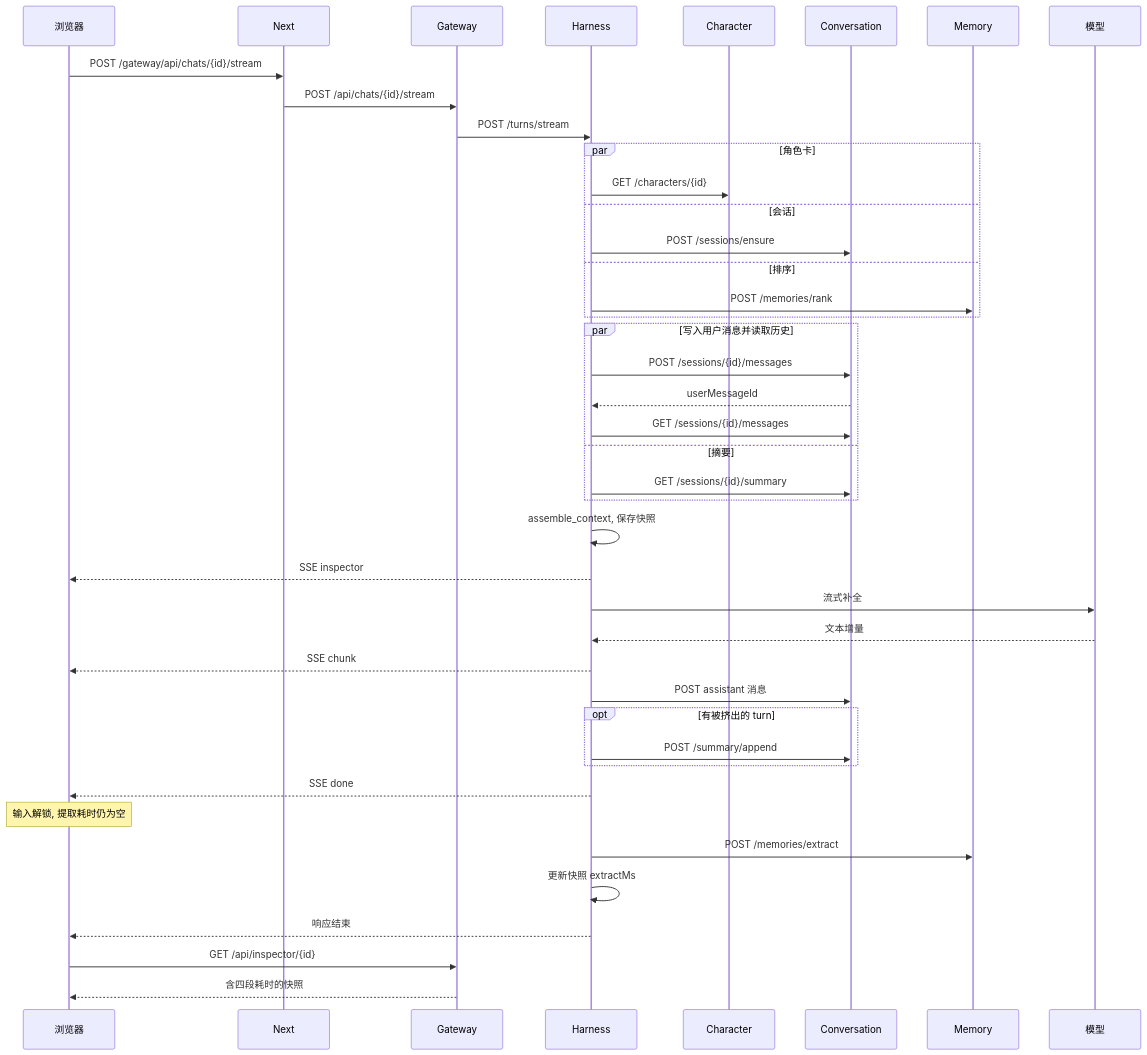
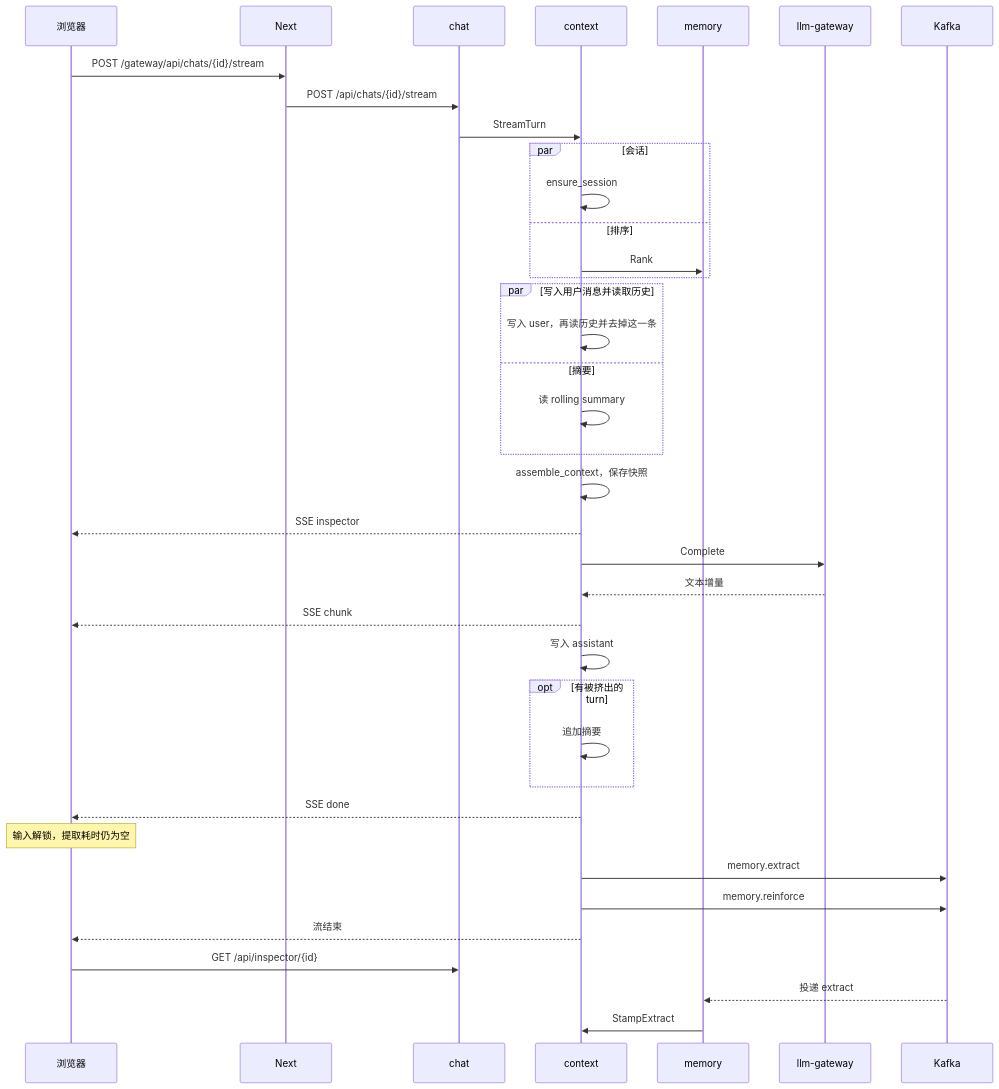
One commit to ZhangShenao/engram changed the second of 2 diagrams in docs/chat-turn.md. Above: the diagram before and after it, drawn with Mermaid. The commit also changed other lines of this file and 26 other files, not shown here.

First line of the commit message:
feat(queue): move memory jobs from Postgres to Kafka

````diff
--- a/docs/chat-turn.md
+++ b/docs/chat-turn.md
@@ -103,48 +114,44 @@
 ```mermaid
 sequenceDiagram
   participant Browser as 浏览器
   participant Web as Next
-  participant Gateway as Gateway
-  participant Harness as Harness
-  participant Character as Character
-  participant Conversation as Conversation
-  participant Memory as Memory
-  participant Model as 模型
+  participant Chat as chat
+  participant Context as context
+  participant Memory as memory
+  participant Model as llm-gateway
+  participant Kafka as Kafka
 
   Browser->>Web: POST /gateway/api/chats/{id}/stream
-  Web->>Gateway: POST /api/chats/{id}/stream
-  Gateway->>Harness: POST /turns/stream
+  Web->>Chat: POST /api/chats/{id}/stream
+  Chat->>Context: StreamTurn
 
-  par 角色卡
-    Harness->>Character: GET /characters/{id}
-  and 会话
-    Harness->>Conversation: POST /sessions/ensure
+  par 会话
+    Context->>Context: ensure_session
   and 排序
-    Harness->>Memory: POST /memories/rank
+    Context->>Memory: Rank
   end
 
   par 写入用户消息并读取历史
-    Harness->>Conversation: POST /sessions/{id}/messages
-    Conversation-->>Harness: userMessageId
-    Harness->>Conversation: GET /sessions/{id}/messages
+    Context->>Context: 写入 user，再读历史并去掉这一条
   and 摘要
-    Harness->>Conversation: GET /sessions/{id}/summary
+    Context->>Context: 读 rolling summary
   end
 
-  Harness->>Harness: assemble_context, 保存快照
-  Harness-->>Browser: SSE inspector
-  Harness->>Model: 流式补全
-  Model-->>Harness: 文本增量
-  Harness-->>Browser: SSE chunk
-  Harness->>Conversation: POST assistant 消息
+  Context->>Context: assemble_context，保存快照
+  Context-->>Browser: SSE inspector
+  Context->>Model: Complete
+  Model-->>Context: 文本增量
+  Context-->>Browser: SSE chunk
+  Context->>Context: 写入 assistant
   opt 有被挤出的 turn
-    Harness->>Conversation: POST /summary/append
+    Context->>Context: 追加摘要
   end
-  Harness-->>Browser: SSE done
-  Note over Browser: 输入解锁, 提取耗时仍为空
-  Harness->>Memory: POST /memories/extract
-  Harness->>Harness: 更新快照 extractMs
-  Harness-->>Browser: 响应结束
-  Browser->>Gateway: GET /api/inspector/{id}
-  Gateway-->>Browser: 含四段耗时的快照
+  Context-->>Browser: SSE done
+  Note over Browser: 输入解锁，提取耗时仍为空
+  Context->>Kafka: memory.extract
+  Context->>Kafka: memory.reinforce
+  Context-->>Browser: 流结束
+  Browser->>Chat: GET /api/inspector/{id}
+  Kafka-->>Memory: 投递 extract
+  Memory->>Context: StampExtract
 ```
````
